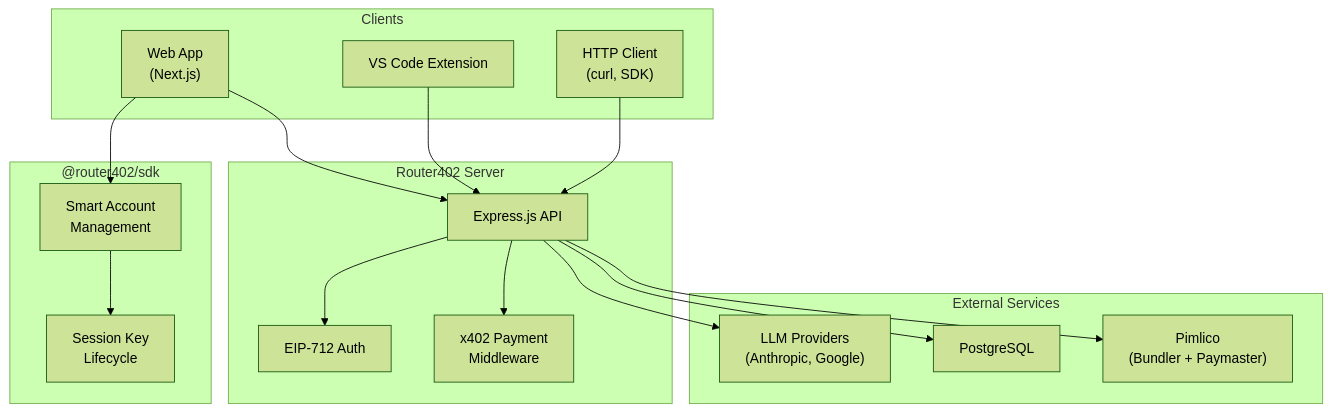
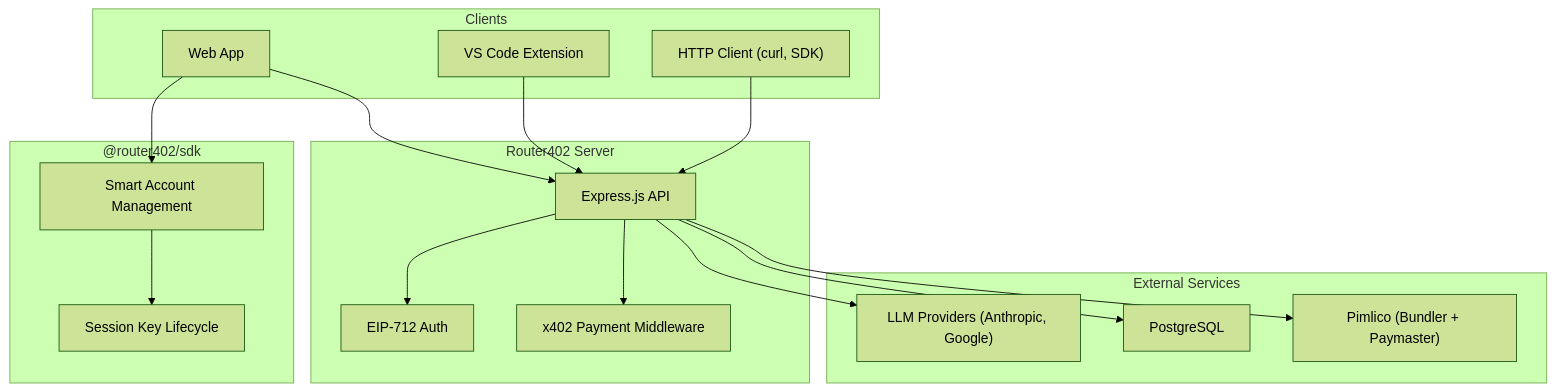
One commit to itublockchain/hackmoney-router402 changed the diagram in docs/README.md. Above: the diagram before and after it, drawn with Mermaid (forest theme). The commit also changed 1 other file, not shown here.

````diff
--- a/docs/README.md
+++ b/docs/README.md
@@ -19,36 +19,36 @@
 ```mermaid
 graph TB
     subgraph Clients
-        WebApp["Web App\n(Next.js)"]
+        WebApp["Web App"]
         Extension["VS Code Extension"]
-        HTTPClient["HTTP Client\n(curl, SDK)"]
+        HTTPClient["HTTP Client (curl, SDK)"]
     end
 
     subgraph Router402["Router402 Server"]
         API["Express.js API"]
         Auth["EIP-712 Auth"]
-        x402["x402 Payment\nMiddleware"]
+        x402["x402 Payment Middleware"]
     end
 
     subgraph External["External Services"]
-        LLM["LLM Providers\n(Anthropic, Google)"]
+        LLM["LLM Providers (Anthropic, Google)"]
         DB["PostgreSQL"]
-        Pimlico["Pimlico\n(Bundler + Paymaster)"]
+        Pimlico["Pimlico (Bundler + Paymaster)"]
     end
 
     subgraph SDK["@router402/sdk"]
-        SmartAccount["Smart Account\nManagement"]
-        SessionKeys["Session Key\nLifecycle"]
+        SmartAccount["Smart Account Management"]
+        SessionKeys["Session Key Lifecycle"]
     end
 
     WebApp --> API
     Extension --> API
     HTTPClient --> API
     API --> Auth
     API --> x402
     API --> LLM
     API --> DB
     API --> Pimlico
     WebApp --> SmartAccount
     SmartAccount --> SessionKeys
 ```
````
